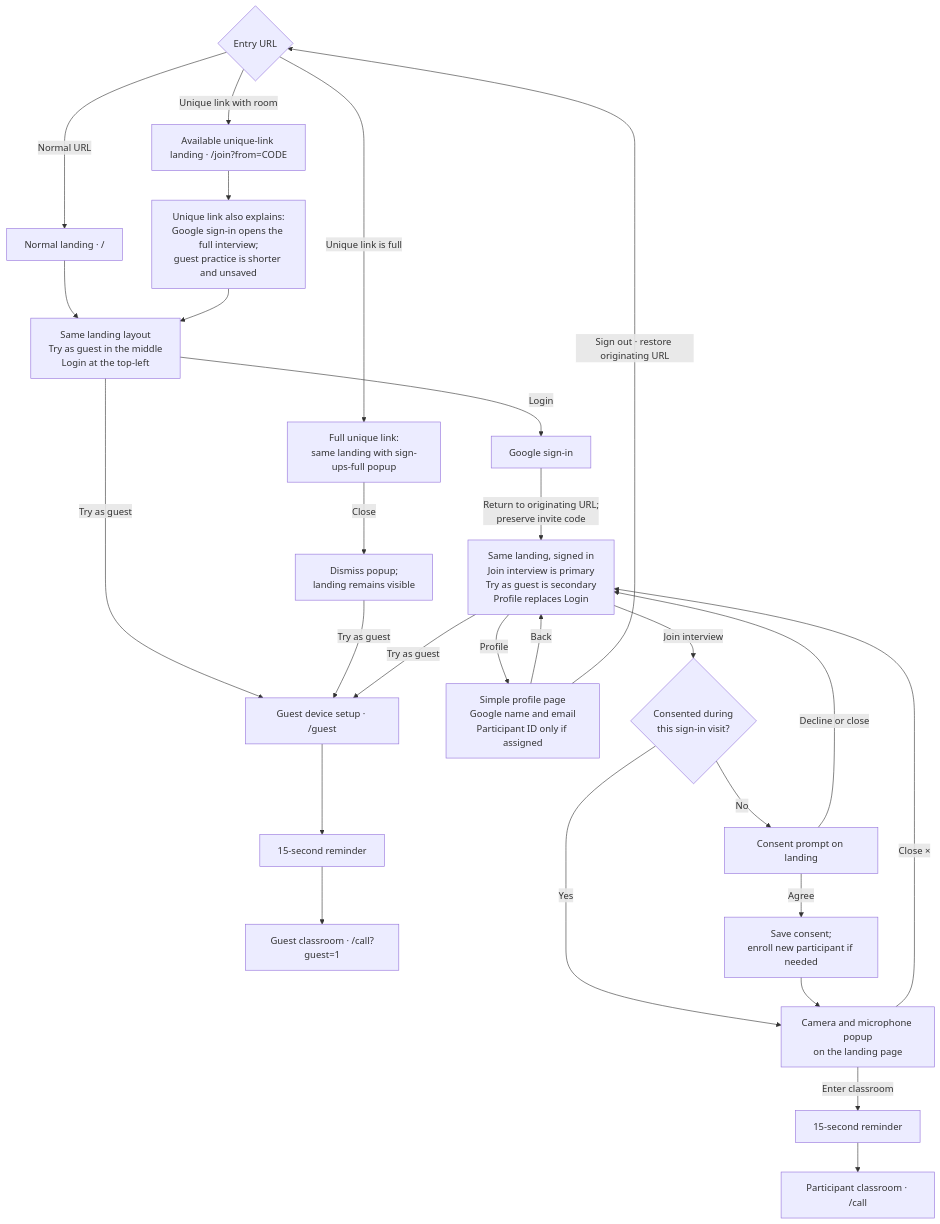
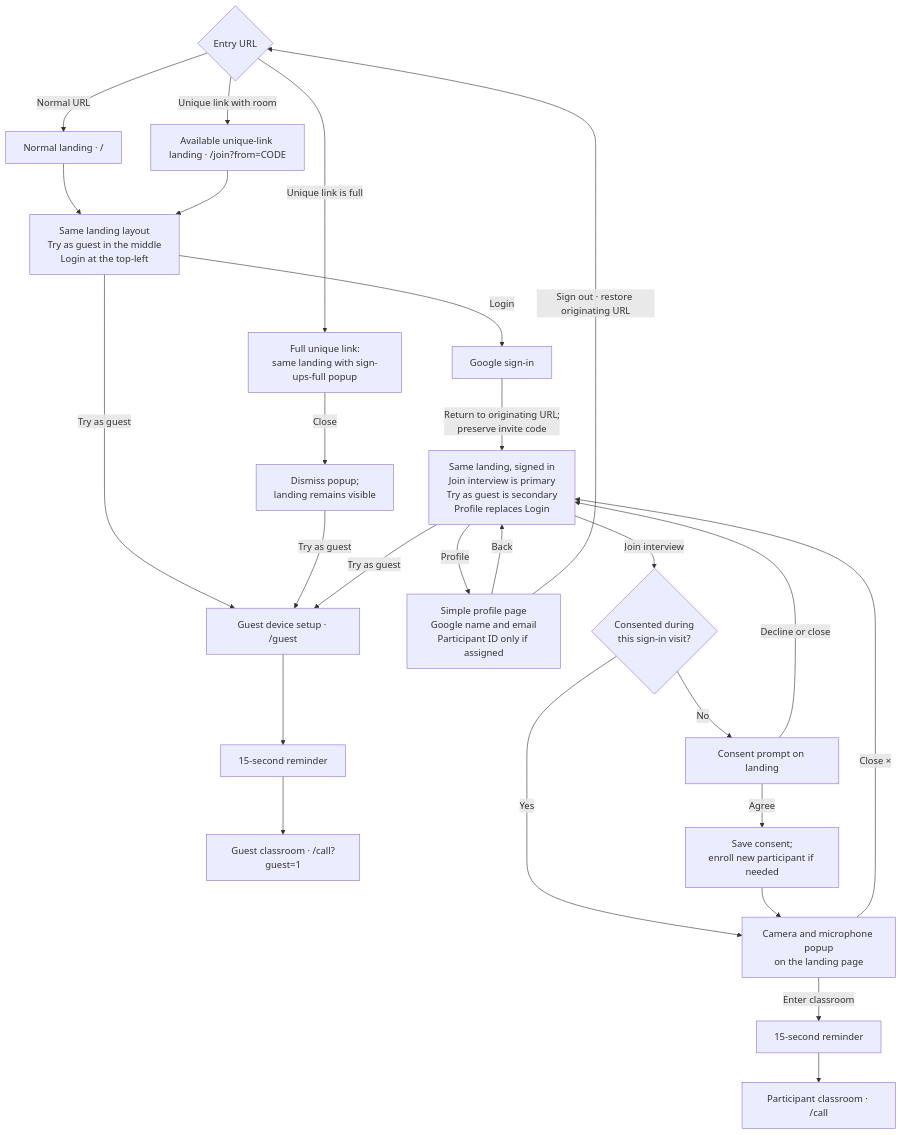
Before and after one commit to HarryLynn-afk/nihongo-mock-interview: the diagram in docs/participant-entry-flow.md, drawn with Mermaid. The commit also changed other lines of this file and 3 other files, not shown here.

First line of the commit message:
Match invite landing to the normal landing

````diff
--- a/docs/participant-entry-flow.md
+++ b/docs/participant-entry-flow.md
@@ -5,36 +5,35 @@
 ```mermaid
 flowchart TD
     Entry{"Entry URL"}
     Home["Normal landing · /"]
     Invite["Available unique-link landing · /join?from=CODE"]
     Landing["Same landing layout<br/>Try as guest in the middle<br/>Login at the top-left"]
-    InviteNote["Unique link also explains:<br/>Google sign-in opens the full interview;<br/>guest practice is shorter and unsaved"]
     Full["Full unique link:<br/>same landing with sign-ups-full popup"]
     FullDismiss["Dismiss popup;<br/>landing remains visible"]
 
     Entry -->|Normal URL| Home --> Landing
-    Entry -->|Unique link with room| Invite --> InviteNote --> Landing
+    Entry -->|Unique link with room| Invite --> Landing
     Entry -->|Unique link is full| Full -->|Close| FullDismiss
 
     Landing -->|Try as guest| GuestJoin["Guest device setup · /guest"]
     FullDismiss -->|Try as guest| GuestJoin
     GuestJoin --> GuestReminder["15-second reminder"] --> GuestCall["Guest classroom · /call?guest=1"]
 
     Landing -->|Login| Google["Google sign-in"]
     Google -->|Return to originating URL;<br/>preserve invite code| SignedIn["Same landing, signed in<br/>Join interview is primary<br/>Try as guest is secondary<br/>Profile replaces Login"]
 
     SignedIn -->|Try as guest| GuestJoin
     SignedIn -->|Profile| Profile["Simple profile page<br/>Google name and email<br/>Participant ID only if assigned"]
     Profile -->|Back| SignedIn
     Profile -->|Sign out · restore originating URL| Entry
 
     SignedIn -->|Join interview| Consent{"Consented during<br/>this sign-in visit?"}
     Consent -->|No| ConsentPrompt["Consent prompt on landing"]
     ConsentPrompt -->|Decline or close| SignedIn
     ConsentPrompt -->|Agree| Enroll["Save consent;<br/>enroll new participant if needed"]
     Consent -->|Yes| Devices["Camera and microphone popup<br/>on the landing page"]
     Enroll --> Devices
     Devices -->|Close ×| SignedIn
     Devices -->|Enter classroom| ParticipantReminder["15-second reminder"]
     ParticipantReminder --> ParticipantCall["Participant classroom · /call"]
 ```
````
